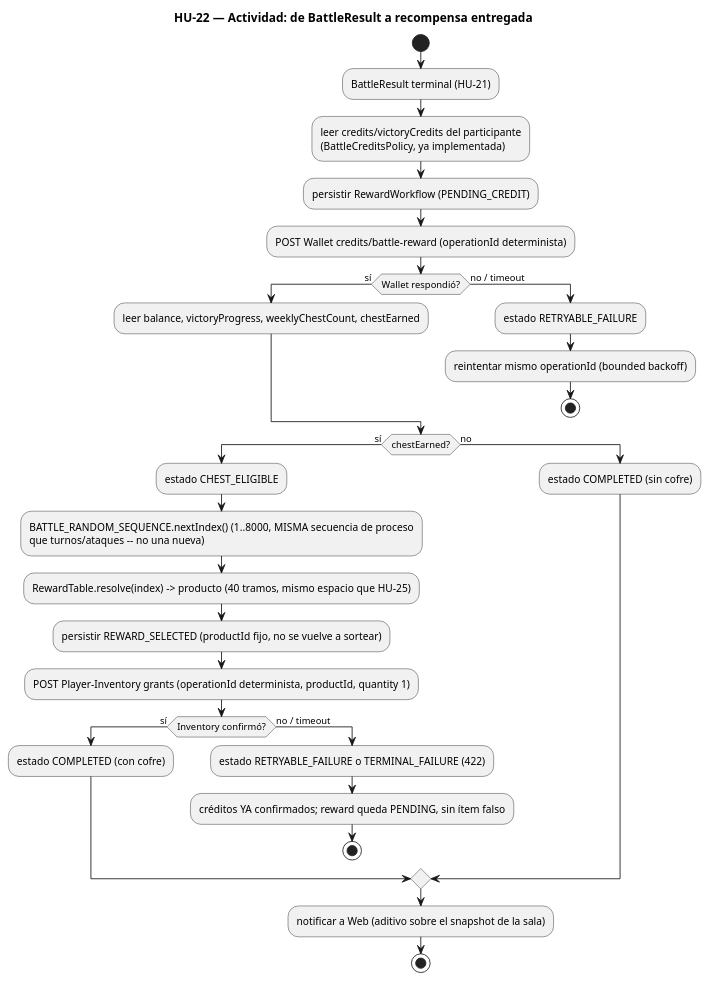
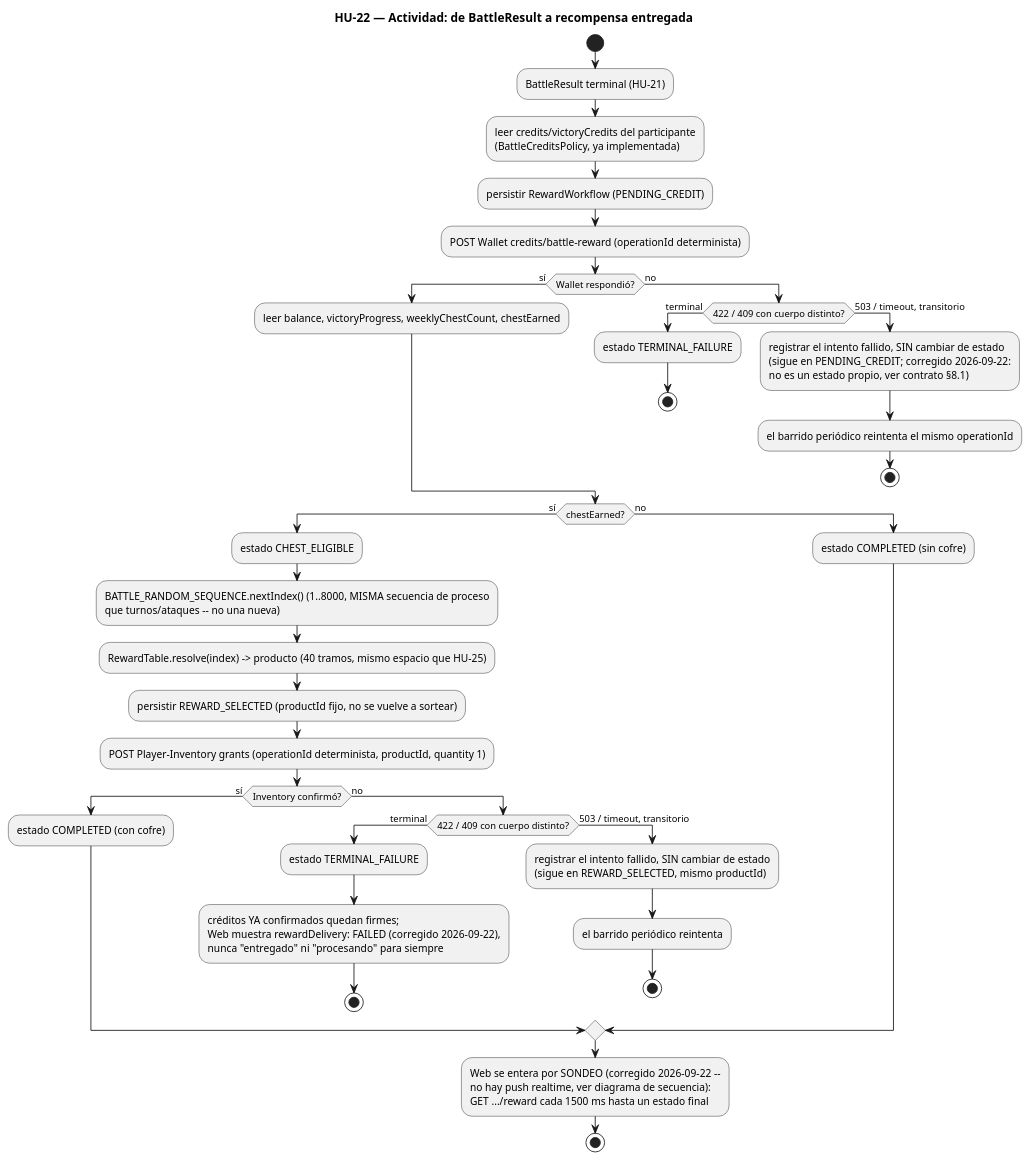
The diagram in docs/diagrams/hu-22-activity-reward.puml (Nexus-Battle-VI/Nexus-Battle-Infrastructure), drawn with PlantUML before and after one commit. The commit also changed 3 other files, not shown here.

First line of the commit message:
docs(HU-22): alinear el contrato con la implementacion real de las 4 Tasks

```diff
--- a/docs/diagrams/hu-22-activity-reward.puml
+++ b/docs/diagrams/hu-22-activity-reward.puml
@@ -1,37 +1,48 @@
 @startuml hu-22-activity-reward
 title HU-22 — Actividad: de BattleResult a recompensa entregada
 
 start
 :BattleResult terminal (HU-21);
 :leer credits/victoryCredits del participante\n(BattleCreditsPolicy, ya implementada);
 :persistir RewardWorkflow (PENDING_CREDIT);
 :POST Wallet credits/battle-reward (operationId determinista);
 
 if (Wallet respondió?) then (sí)
   :leer balance, victoryProgress, weeklyChestCount, chestEarned;
-else (no / timeout)
-  :estado RETRYABLE_FAILURE;
-  :reintentar mismo operationId (bounded backoff);
-  stop
+else (no)
+  if (422 / 409 con cuerpo distinto?) then (terminal)
+    :estado TERMINAL_FAILURE;
+    stop
+  else (503 / timeout, transitorio)
+    :registrar el intento fallido, SIN cambiar de estado\n(sigue en PENDING_CREDIT; corregido 2026-09-22:\nno es un estado propio, ver contrato §8.1);
+    :el barrido periódico reintenta el mismo operationId;
+    stop
+  endif
 endif
 
 if (chestEarned?) then (sí)
   :estado CHEST_ELIGIBLE;
   :BATTLE_RANDOM_SEQUENCE.nextIndex() (1..8000, MISMA secuencia de proceso\nque turnos/ataques -- no una nueva);
   :RewardTable.resolve(index) -> producto (40 tramos, mismo espacio que HU-25);
   :persistir REWARD_SELECTED (productId fijo, no se vuelve a sortear);
   :POST Player-Inventory grants (operationId determinista, productId, quantity 1);
   if (Inventory confirmó?) then (sí)
     :estado COMPLETED (con cofre);
-  else (no / timeout)
-    :estado RETRYABLE_FAILURE o TERMINAL_FAILURE (422);
-    :créditos YA confirmados; reward queda PENDING, sin ítem falso;
-    stop
+  else (no)
+    if (422 / 409 con cuerpo distinto?) then (terminal)
+      :estado TERMINAL_FAILURE;
+      :créditos YA confirmados quedan firmes;\nWeb muestra rewardDelivery: FAILED (corregido 2026-09-22),\nnunca "entregado" ni "procesando" para siempre;
+      stop
+    else (503 / timeout, transitorio)
+      :registrar el intento fallido, SIN cambiar de estado\n(sigue en REWARD_SELECTED, mismo productId);
+      :el barrido periódico reintenta;
+      stop
+    endif
   endif
 else (no)
   :estado COMPLETED (sin cofre);
 endif
 
-:notificar a Web (aditivo sobre el snapshot de la sala);
+:Web se entera por SONDEO (corregido 2026-09-22 --\nno hay push realtime, ver diagrama de secuencia):\nGET .../reward cada 1500 ms hasta un estado final;
 stop
 @enduml
```
